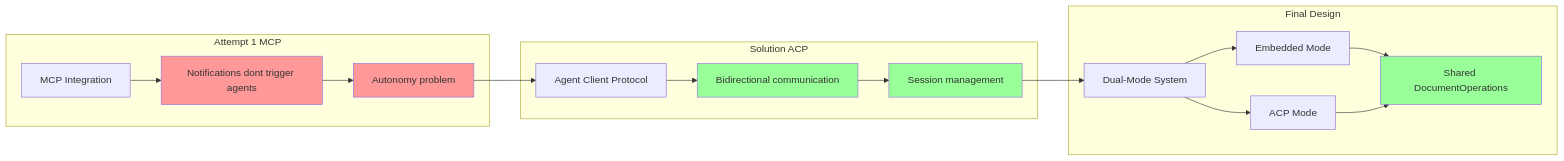
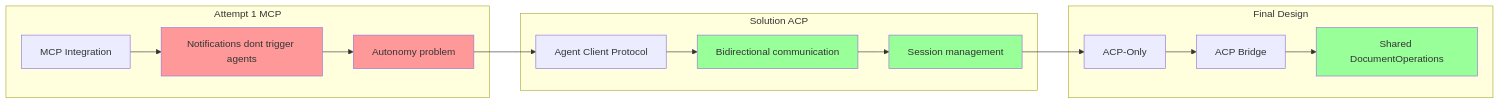
The sixth of 6 diagrams in packages/open-collaboration-agent/DEVELOPMENT_JOURNEY.md (eclipse-oct/open-collaboration-tools), drawn with Mermaid before and after one commit. The commit also changed other lines of this file and 16 other files, not shown here.

First line of the commit message:
refactor(agent): remove embedded mode, use ACP only

````diff
--- a/packages/open-collaboration-agent/DEVELOPMENT_JOURNEY.md
+++ b/packages/open-collaboration-agent/DEVELOPMENT_JOURNEY.md
@@ -335,28 +337,26 @@
 ```mermaid
 flowchart LR
     subgraph attempt1 [Attempt 1 MCP]
         MCP[MCP Integration]-->Notif[Notifications dont trigger agents]
         Notif-->Auto[Autonomy problem]
     end
 
     subgraph solution [Solution ACP]
         ACP[Agent Client Protocol]-->Bidir[Bidirectional communication]
         Bidir-->Session[Session management]
     end
 
     subgraph final [Final Design]
-        Dual[Dual-Mode System]-->Emb[Embedded Mode]
-        Dual-->ACP2[ACP Mode]
-        Emb-->Shared[Shared DocumentOperations]
-        ACP2-->Shared
+        ACPOnly[ACP-Only]-->ACP2[ACP Bridge]
+        ACP2-->Shared[Shared DocumentOperations]
     end
 
     Auto-->ACP
-    Session-->Dual
+    Session-->ACPOnly
 
     style Notif fill:#f99
     style Auto fill:#f99
     style Bidir fill:#9f9
     style Session fill:#9f9
     style Shared fill:#9f9
 ```
````
